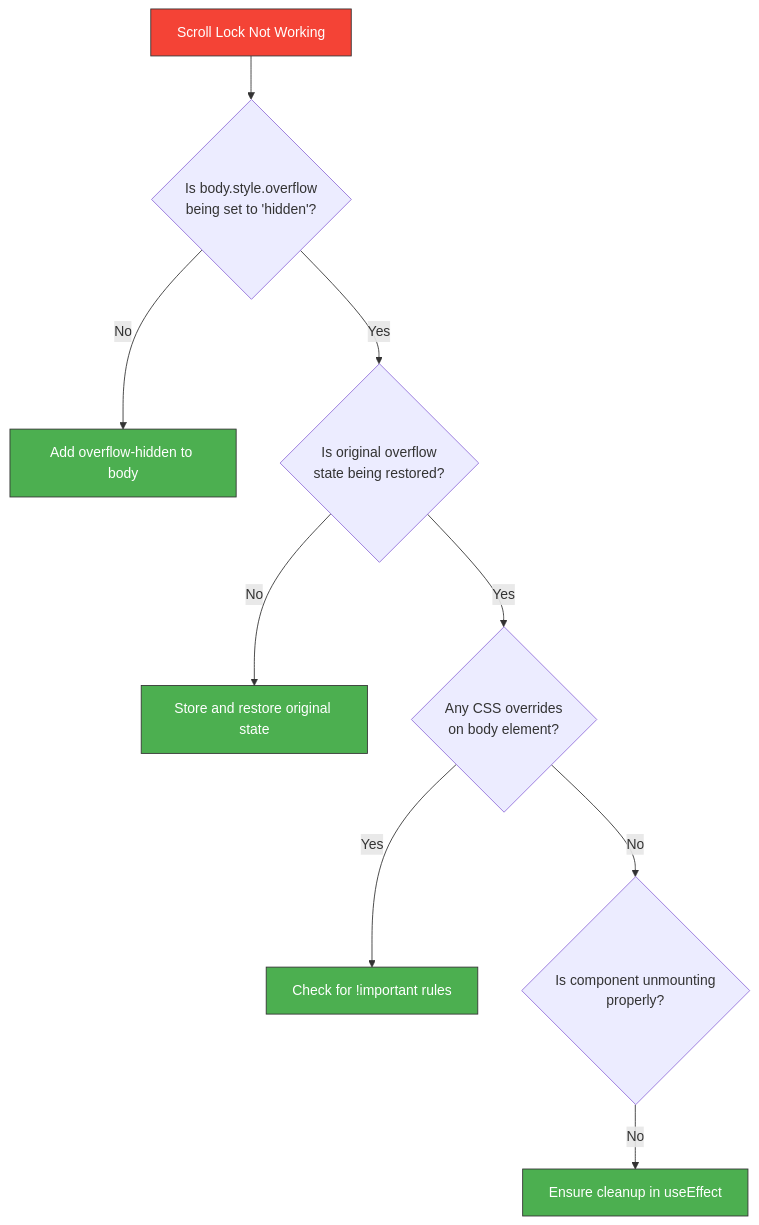
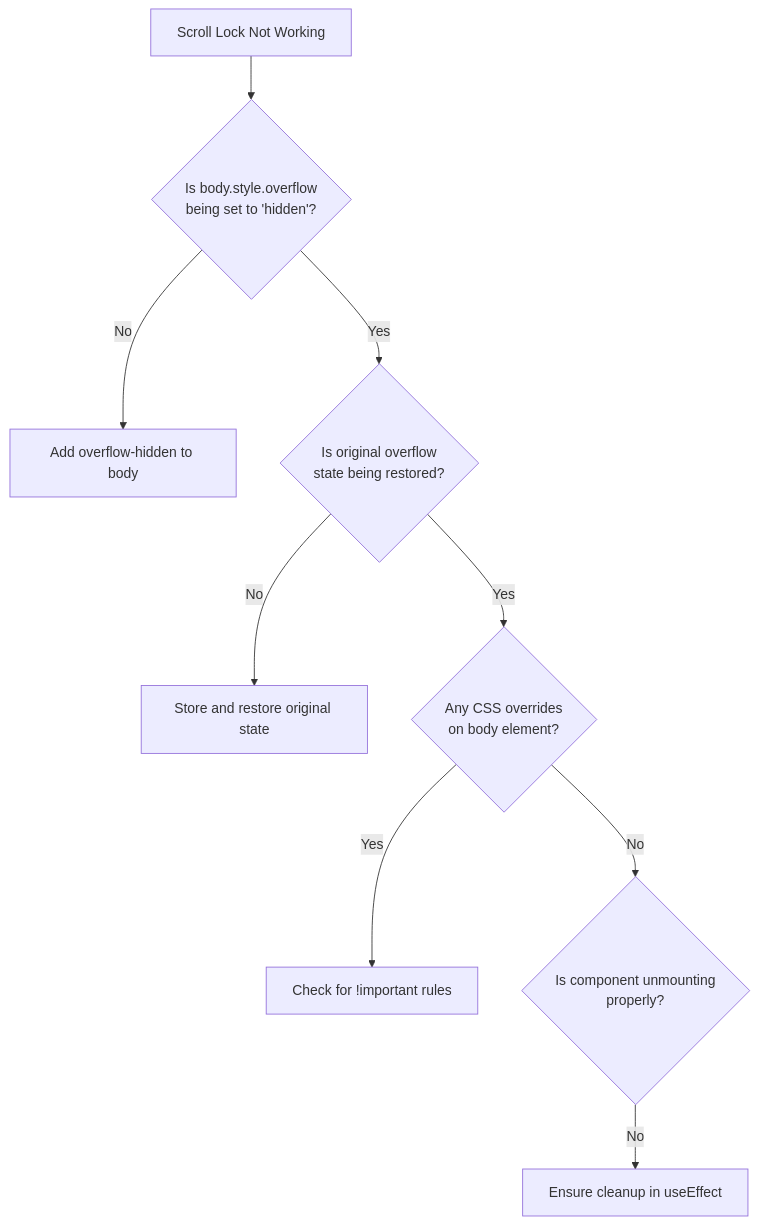
One commit to mohjak/sc-dof changed the tenth of 13 diagrams in .qoder/repowiki/en/content/Component Reference/UI Component Library/Dialog & Drawer Components.md. Above: the diagram before and after it, drawn with Mermaid. The commit also changed other lines of this file and 68 other files, not shown here.

First line of the commit message:
docs(docs): update component architecture docs with markdown formatting fixes

````diff
--- a/.qoder/repowiki/en/content/Component Reference/UI Component Library/Dialog & Drawer Components.md
+++ b/.qoder/repowiki/en/content/Component Reference/UI Component Library/Dialog & Drawer Components.md
@@ -298,16 +289,11 @@
 ```mermaid
 flowchart TD
 Issue[Scroll Lock Not Working] --> Check1{Is body.style.overflow<br>being set to 'hidden'?}
 Check1 --> |No| Fix1[Add overflow-hidden to body]
 Check1 --> |Yes| Check2{Is original overflow<br>state being restored?}
 Check2 --> |No| Fix2[Store and restore original state]
 Check2 --> |Yes| Check3{Any CSS overrides<br>on body element?}
 Check3 --> |Yes| Fix3[Check for !important rules]
 Check3 --> |No| Check4{Is component unmounting<br>properly?}
 Check4 --> |No| Fix4[Ensure cleanup in useEffect]
-style Issue fill:#F44336,stroke:#333,color:white
-style Fix1 fill:#4CAF50,stroke:#333,color:white
-style Fix2 fill:#4CAF50,stroke:#333,color:white
-style Fix3 fill:#4CAF50,stroke:#333,color:white
-style Fix4 fill:#4CAF50,stroke:#333,color:white
 ```
````
